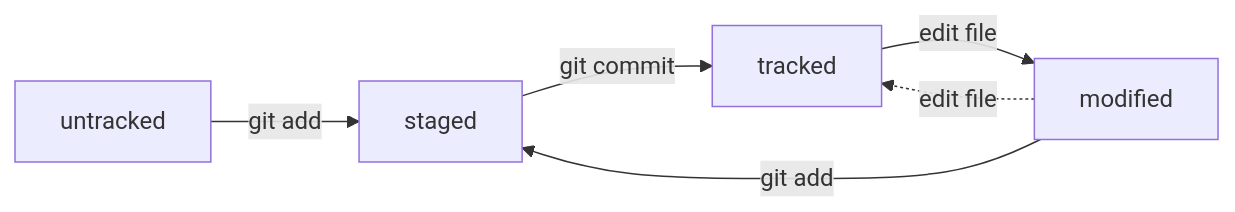
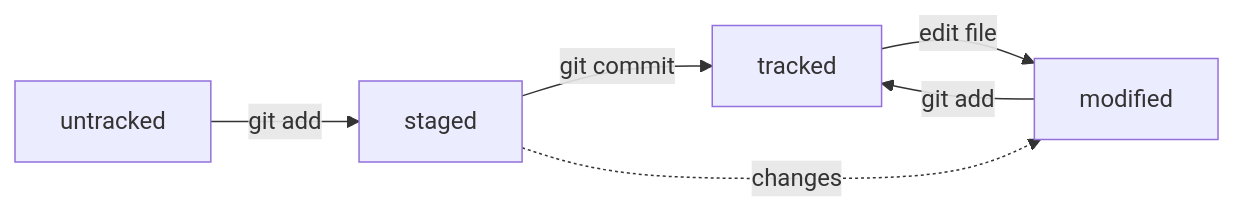
Before and after one commit to drkizel/git: the diagram in README.md, drawn with Mermaid.

Commit message:
Исправить mermaid диаграмму на graph -tracked для git status

````diff
--- a/README.md
+++ b/README.md
@@ -44,8 +44,8 @@
 ```mermaid
 graph LR
     untracked -- "git add" --> staged
     staged -- "git commit" --> tracked
     tracked -- "edit file" --> modified
-    modified -. "edit file" .-> tracked
-    modified -- "git add" --> staged
+    modified -- "git add" --> tracked
+    staged -. "changes" .-> modified
 ```
````
